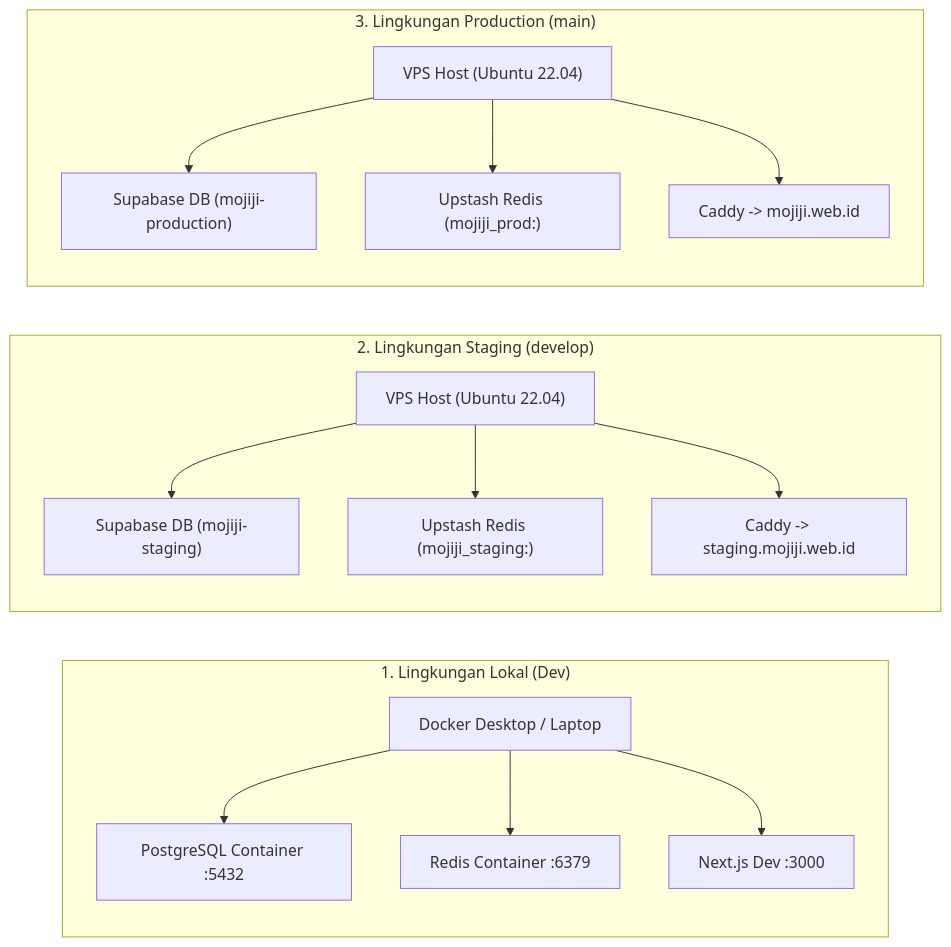
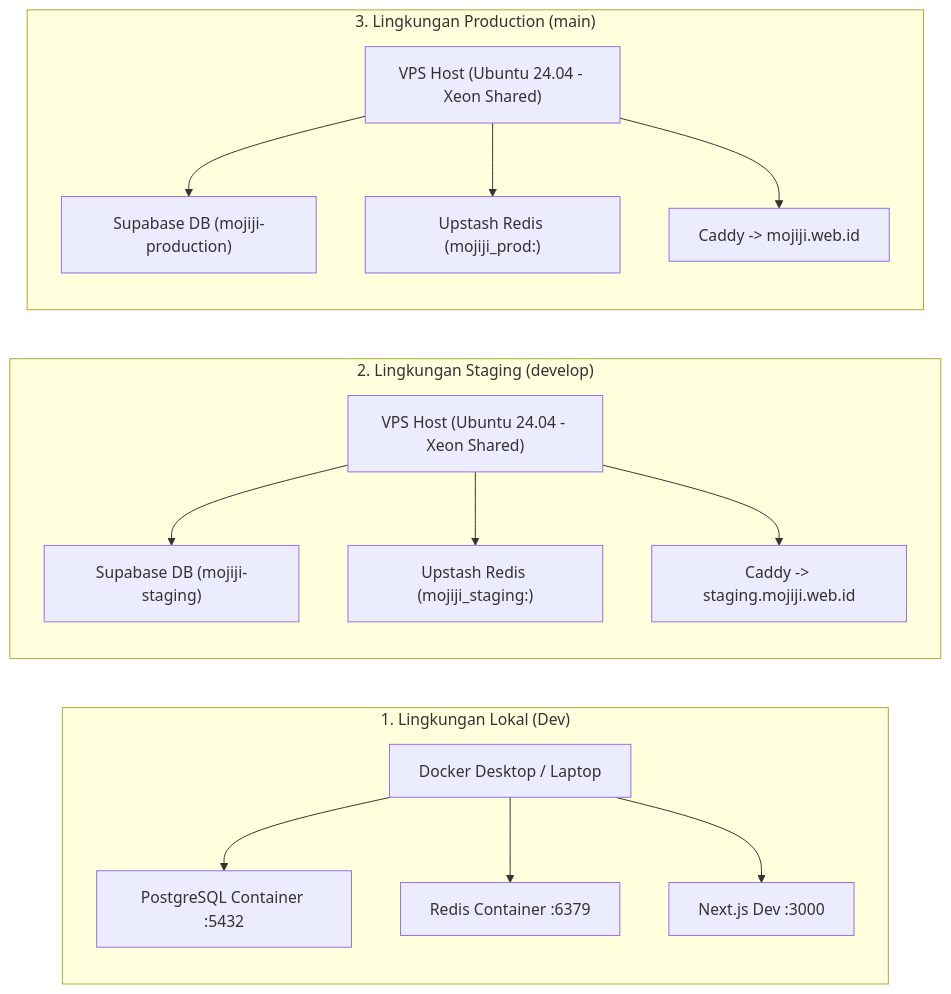
Before and after one commit to aji-banyu/mojiji-animelist: the first of 2 diagrams in docs/deployment/environment.md, drawn with Mermaid. The commit also changed other lines of this file and 22 other files, not shown here.

Commit message:
docs(infra): adaptasi arsitektur vps xeon shared dan pembersihan dokumentasi [MJ-091]

````diff
--- a/docs/deployment/environment.md
+++ b/docs/deployment/environment.md
@@ -17,20 +17,20 @@
 ```mermaid
 flowchart LR
     subgraph LOCAL ["1. Lingkungan Lokal (Dev)"]
         A1["Docker Desktop / Laptop"] --> A2["PostgreSQL Container :5432"]
         A1 --> A3["Redis Container :6379"]
         A1 --> A4["Next.js Dev :3000"]
     end
 
     subgraph STAGING ["2. Lingkungan Staging (develop)"]
-        B1["VPS Host (Ubuntu 22.04)"] --> B2["Supabase DB (mojiji-staging)"]
+        B1["VPS Host (Ubuntu 24.04 - Xeon Shared)"] --> B2["Supabase DB (mojiji-staging)"]
         B1 --> B3["Upstash Redis (mojiji_staging:)"]
         B1 --> B4["Caddy -> staging.mojiji.web.id"]
     end
 
     subgraph PROD ["3. Lingkungan Production (main)"]
-        C1["VPS Host (Ubuntu 22.04)"] --> C2["Supabase DB (mojiji-production)"]
+        C1["VPS Host (Ubuntu 24.04 - Xeon Shared)"] --> C2["Supabase DB (mojiji-production)"]
         C1 --> C3["Upstash Redis (mojiji_prod:)"]
         C1 --> C4["Caddy -> mojiji.web.id"]
     end
 ```
````
